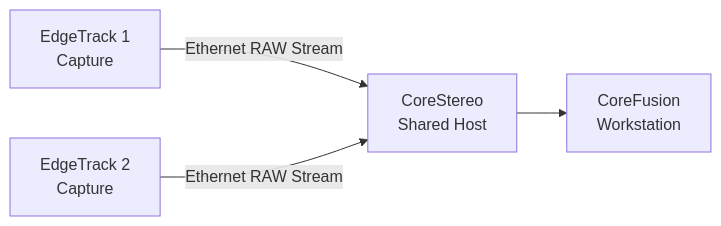
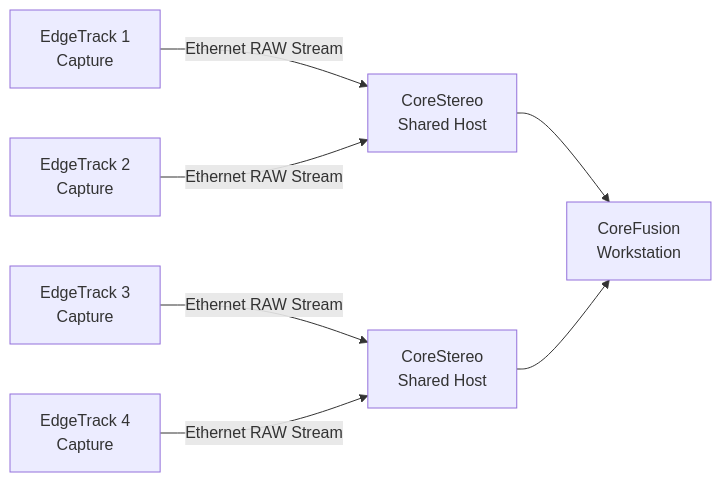
One commit to edgetrackorg/corestereo changed the second of 2 diagrams in README.md. Above: the diagram before and after it, drawn with Mermaid.

````diff
--- a/README.md
+++ b/README.md
@@ -47,7 +47,11 @@
 ```mermaid
 flowchart LR
     E1[EdgeTrack 1\nCapture] -->|Ethernet RAW Stream| C1[CoreStereo<br/>Shared Host]
     E2[EdgeTrack 2\nCapture] -->|Ethernet RAW Stream| C1
 
+    E3[EdgeTrack 3\nCapture] -->|Ethernet RAW Stream| C2[CoreStereo<br/>Shared Host]
+    E4[EdgeTrack 4\nCapture] -->|Ethernet RAW Stream| C2   
+
     C1 --> F[CoreFusion<br/>Workstation]
+    C2 --> F
 ```
````
